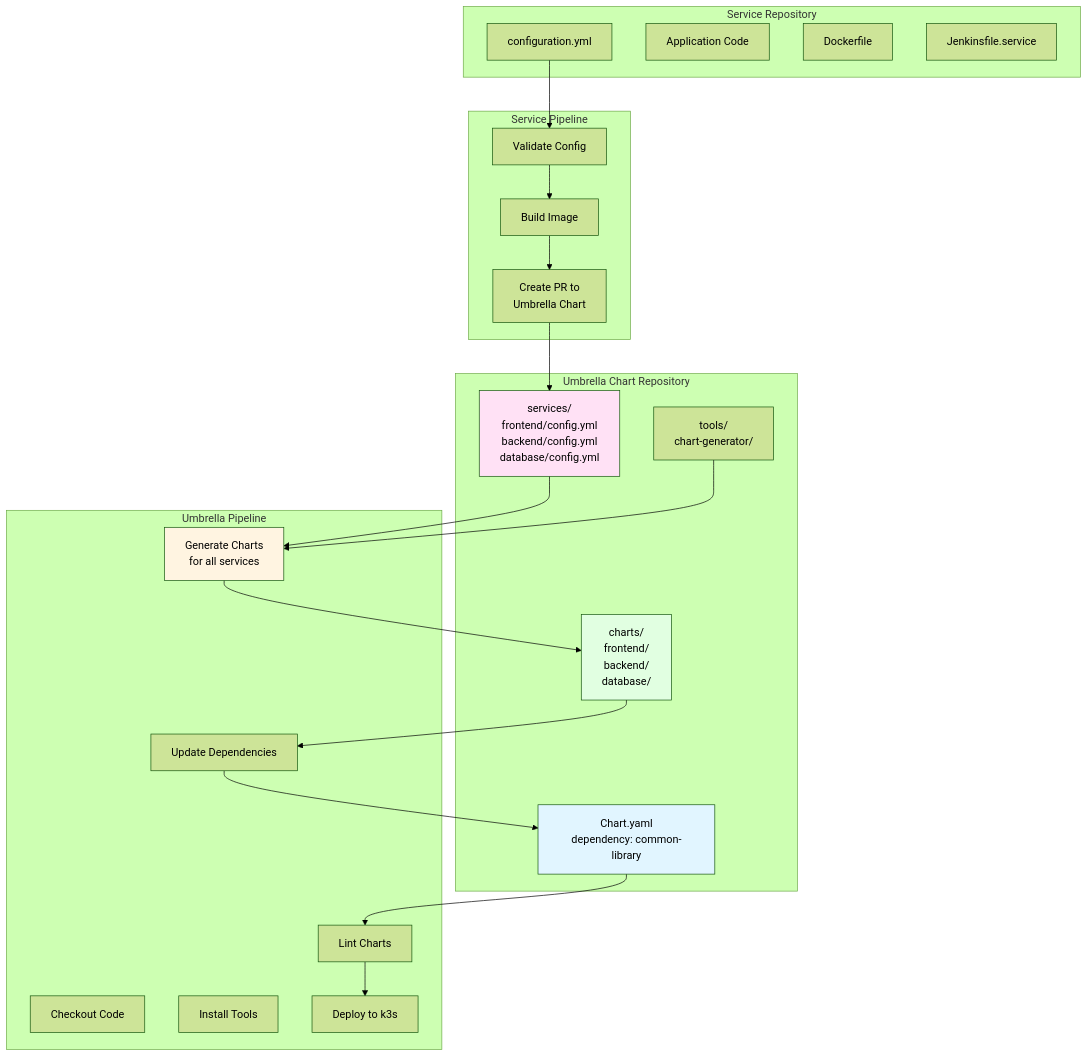
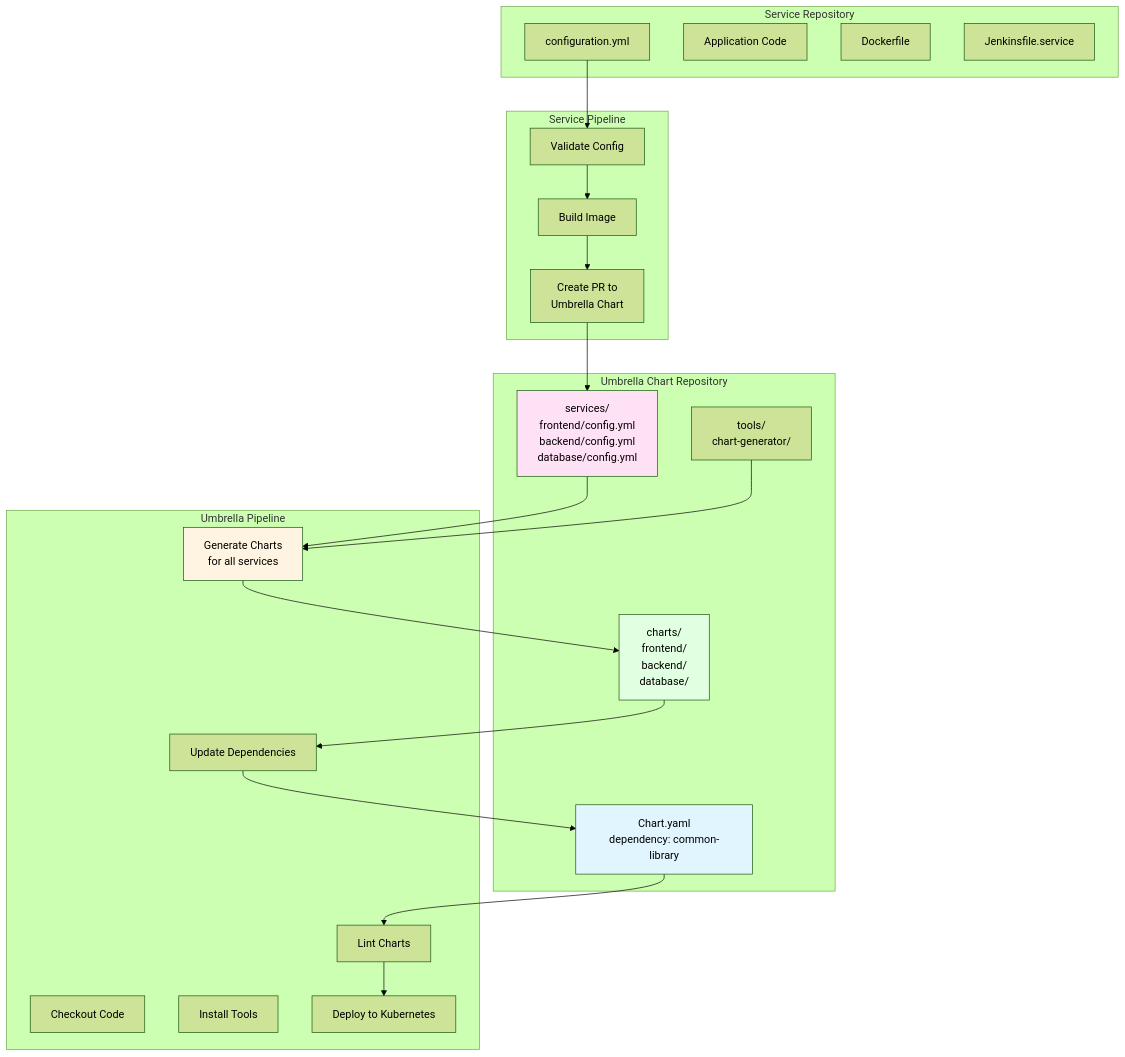
The ninth of 11 diagrams in ADR.md (caretak3r/helm-factory), drawn with Mermaid (forest theme) before and after one commit. The commit also changed other lines of this file and 1 other file, not shown here.

````diff
--- a/ADR.md
+++ b/ADR.md
@@ -858,49 +866,49 @@
 ```mermaid
 graph TB
     subgraph "Service Repository"
         CFG[configuration.yml]
         CODE[Application Code]
         DOCKERFILE[Dockerfile]
         JENKINSFILE[Jenkinsfile.service]
     end
     
     subgraph "Service Pipeline"
         VALIDATE[Validate Config]
         BUILD[Build Image]
         CREATE_PR[Create PR to<br/>Umbrella Chart]
     end
     
     subgraph "Umbrella Chart Repository"
         SERVICES[services/<br/>frontend/config.yml<br/>backend/config.yml<br/>database/config.yml]
         CHARTS[charts/<br/>frontend/<br/>backend/<br/>database/]
         UMBRELLA_CHART[Chart.yaml<br/>dependency: common-library]
         TOOLS[tools/<br/>chart-generator/]
     end
     
     subgraph "Umbrella Pipeline"
         CHECKOUT[Checkout Code]
         INSTALL_TOOLS[Install Tools]
         GENERATE[Generate Charts<br/>for all services]
         UPDATE_DEPS[Update Dependencies]
         LINT[Lint Charts]
-        DEPLOY[Deploy to k3s]
+        DEPLOY[Deploy to Kubernetes]
     end
     
     CFG --> VALIDATE
     VALIDATE --> BUILD
     BUILD --> CREATE_PR
     CREATE_PR --> SERVICES
     
     SERVICES --> GENERATE
     TOOLS --> GENERATE
     GENERATE --> CHARTS
     CHARTS --> UPDATE_DEPS
     UPDATE_DEPS --> UMBRELLA_CHART
     UMBRELLA_CHART --> LINT
     LINT --> DEPLOY
     
     style SERVICES fill:#ffe1f5
     style CHARTS fill:#e1ffe1
     style GENERATE fill:#fff4e1
     style UMBRELLA_CHART fill:#e1f5ff
 ```
````
